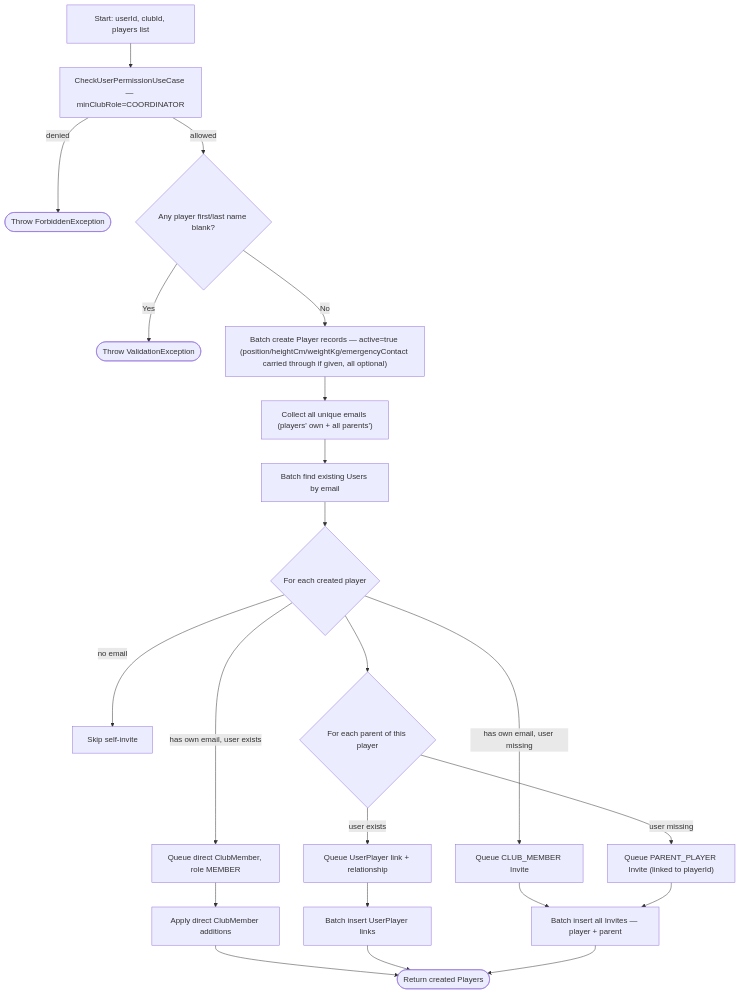
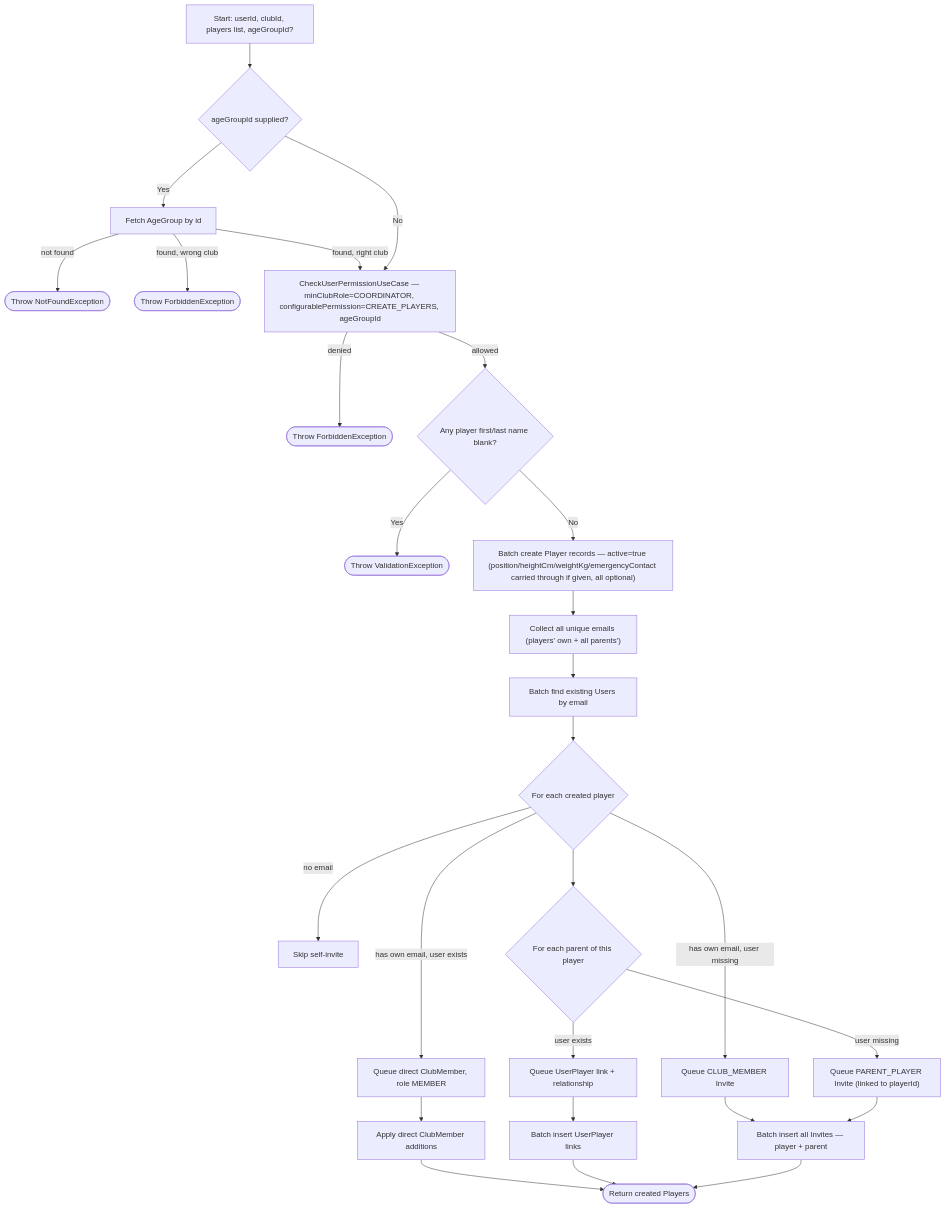
Before and after one commit to ricardofrango/squadify: diagram 31 of 57 in PROCESS_FLOWS.md, drawn with Mermaid. The commit also changed other lines of this file and 1 other file, not shown here.

````diff
--- a/PROCESS_FLOWS.md
+++ b/PROCESS_FLOWS.md
@@ -603,24 +603,29 @@
 ```mermaid
 graph TD
-    A[Start: userId, clubId, players list] --> B[CheckUserPermissionUseCase — minClubRole=COORDINATOR]
+    A[Start: userId, clubId, players list, ageGroupId?] --> AG{ageGroupId supplied?}
+    AG -- Yes --> AGF[Fetch AgeGroup by id]
+    AGF -- not found --> N0(["Throw NotFoundException"])
+    AGF -- found, wrong club --> FB0(["Throw ForbiddenException"])
+    AGF -- found, right club --> B
+    AG -- No --> B[CheckUserPermissionUseCase — minClubRole=COORDINATOR, configurablePermission=CREATE_PLAYERS, ageGroupId]
     B -- denied --> F(["Throw ForbiddenException"])
     B -- allowed --> C{Any player first/last name blank?}
     C -- Yes --> V(["Throw ValidationException"])
     C -- No --> D["Batch create Player records — active=true (position/heightCm/weightKg/emergencyContact carried through if given, all optional)"]
     D --> E["Collect all unique emails (players' own + all parents')"]
     E --> G[Batch find existing Users by email]
     G --> H{For each created player}
     H -- has own email, user exists --> I[Queue direct ClubMember, role MEMBER]
     H -- has own email, user missing --> J[Queue CLUB_MEMBER Invite]
     H -- no email --> SK[Skip self-invite]
     H --> L{For each parent of this player}
     L -- user exists --> M[Queue UserPlayer link + relationship]
     L -- user missing --> N["Queue PARENT_PLAYER Invite (linked to playerId)"]
     I --> O[Apply direct ClubMember additions]
     J --> P[Batch insert all Invites — player + parent]
     M --> Q[Batch insert UserPlayer links]
     N --> P
     O --> Z(["Return created Players"])
     Q --> Z
     P --> Z
 ```
````
